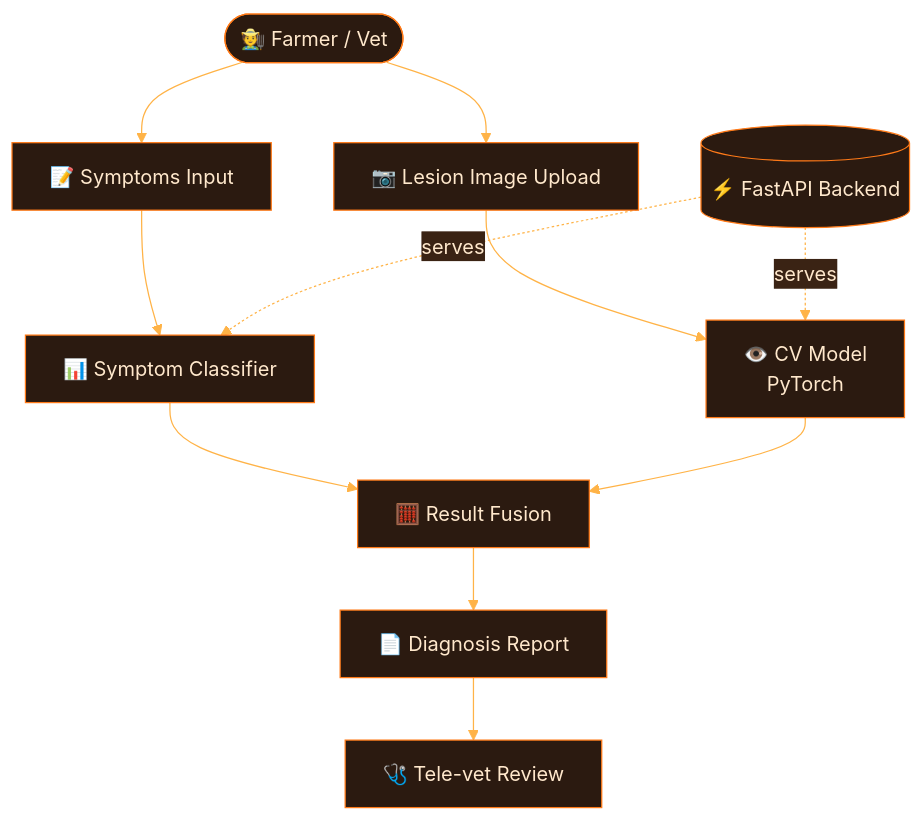
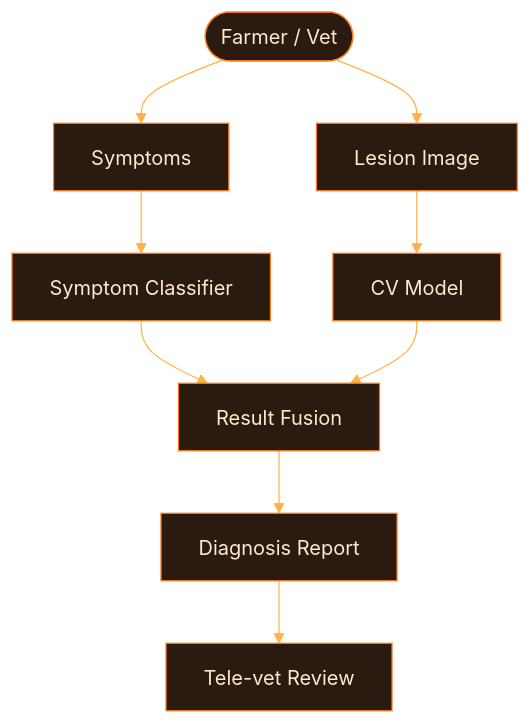
Before and after one commit to M-Awais-11/M-Awais-11: the third of 4 diagrams in README.md, drawn with Mermaid. The commit also changed other lines of this file, not shown here.

````diff
--- a/README.md
+++ b/README.md
@@ -190,14 +133,12 @@
 ```mermaid
-%%{init: {'theme':'base','themeVariables':{'primaryColor':'#2b1a10','primaryTextColor':'#FFE8CC','primaryBorderColor':'#FF7A18','lineColor':'#FFB347','secondaryColor':'#3a2314','tertiaryColor':'#1a1a1a'}}}%%
+%%{init: {'theme':'base','themeVariables':{'primaryColor':'#2b1a10','primaryTextColor':'#FFE8CC','primaryBorderColor':'#FF7A18','lineColor':'#FFB347'}}}%%
 flowchart TB
-    U([🧑‍🌾 Farmer / Vet]) --> S[📝 Symptoms Input]
-    U --> I[📷 Lesion Image Upload]
-    S --> C1[📊 Symptom Classifier]
-    I --> C2[👁️ CV Model<br/>PyTorch]
-    C1 --> M[🧮 Result Fusion]
+    U([Farmer / Vet]) --> S[Symptoms]
+    U --> I[Lesion Image]
+    S --> C1[Symptom Classifier]
+    I --> C2[CV Model]
+    C1 --> M[Result Fusion]
     C2 --> M
-    M --> R[📄 Diagnosis Report]
-    R --> T[🩺 Tele-vet Review]
-    API[(⚡ FastAPI Backend)] -.serves.-> C1
-    API -.serves.-> C2
+    M --> R[Diagnosis Report]
+    R --> T[Tele-vet Review]
 ```
````
